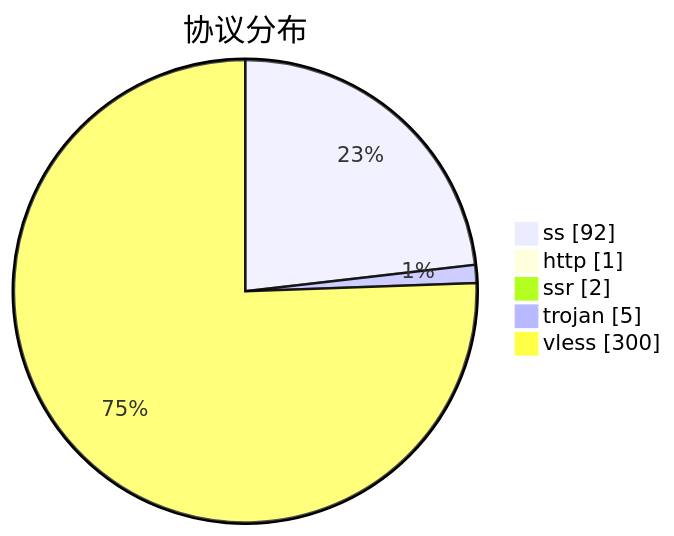
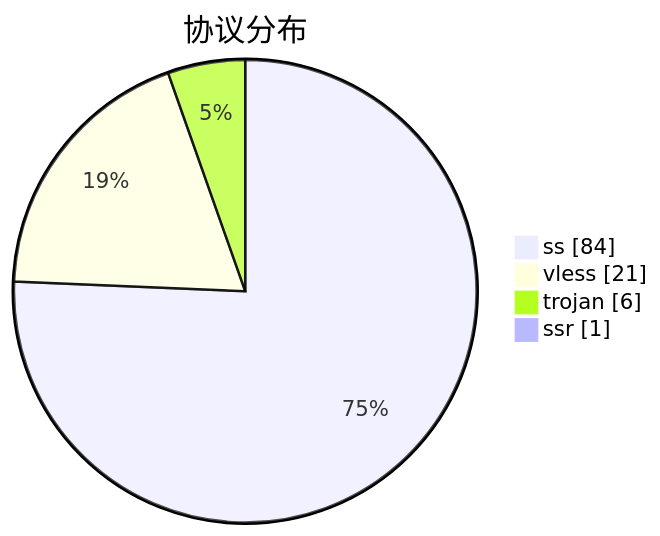
One commit to qjlxg/airport changed the third of 3 diagrams in subs/statistics/tested_within.md. Above: the diagram before and after it, drawn with Mermaid. The commit also changed other lines of this file and 2 other files, not shown here.

````diff
--- a/subs/statistics/tested_within.md
+++ b/subs/statistics/tested_within.md
@@ -32,9 +30,8 @@
 ```mermaid
 pie showData
 title 协议分布
-"ss" : 92
-"http" : 1
-"ssr" : 2
-"trojan" : 5
-"vless" : 300
+"ss" : 84
+"vless" : 21
+"trojan" : 6
+"ssr" : 1
 ```
````
